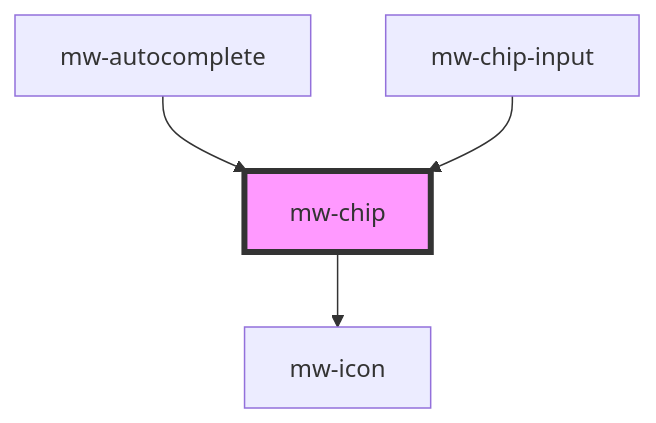
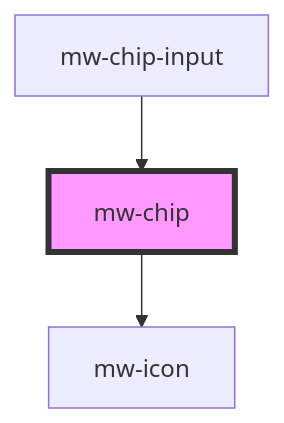
One commit to MaibornWolff/mwui changed the diagram in mwui-stencil/src/components/mw-chip/readme.md. Above: the diagram before and after it, drawn with Mermaid. The commit also changed other lines of this file and 18 other files, not shown here.

````diff
--- a/mwui-stencil/src/components/mw-chip/readme.md
+++ b/mwui-stencil/src/components/mw-chip/readme.md
@@ -37,7 +36,6 @@
 ```mermaid
 graph TD;
   mw-chip --> mw-icon
-  mw-autocomplete --> mw-chip
   mw-chip-input --> mw-chip
   style mw-chip fill:#f9f,stroke:#333,stroke-width:4px
 ```
````
